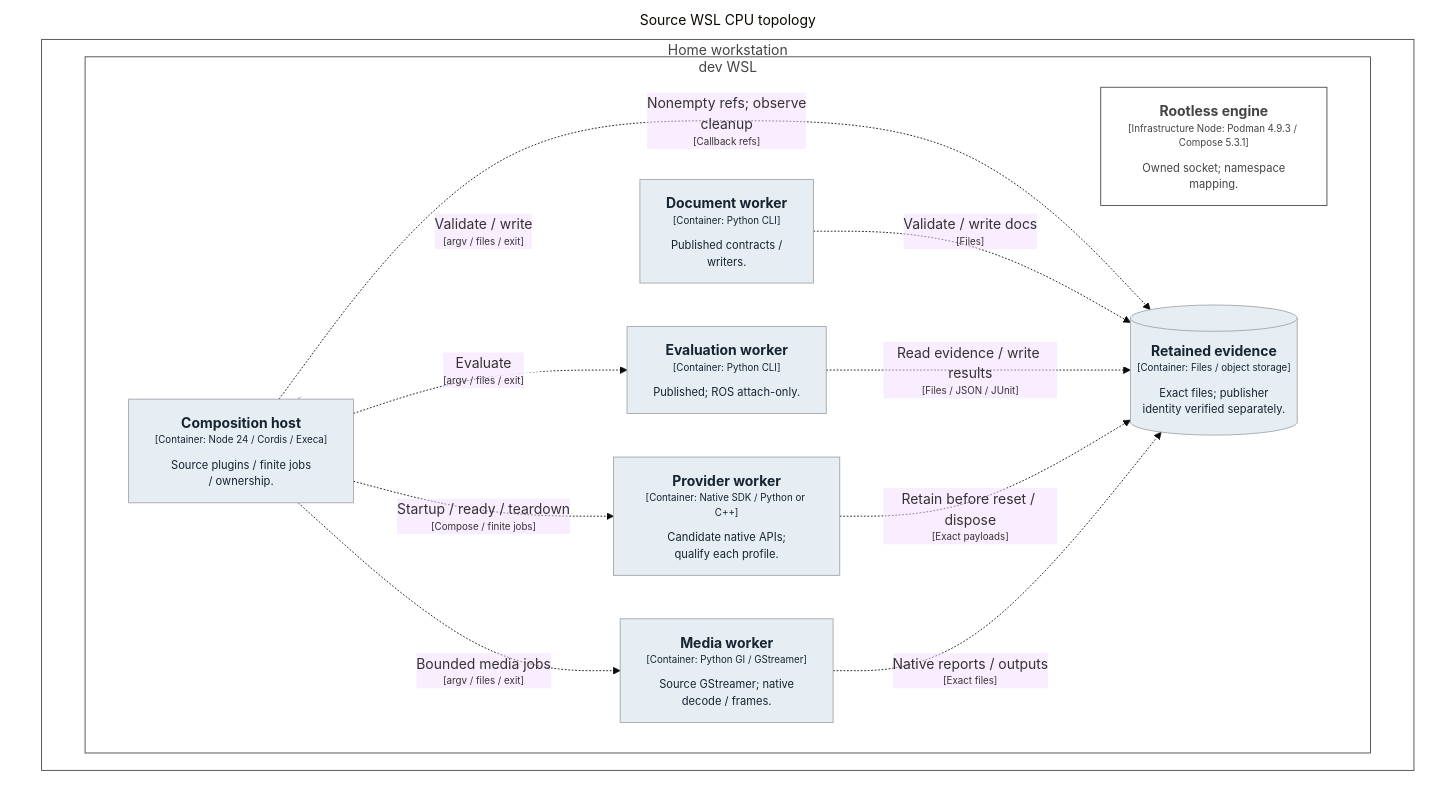
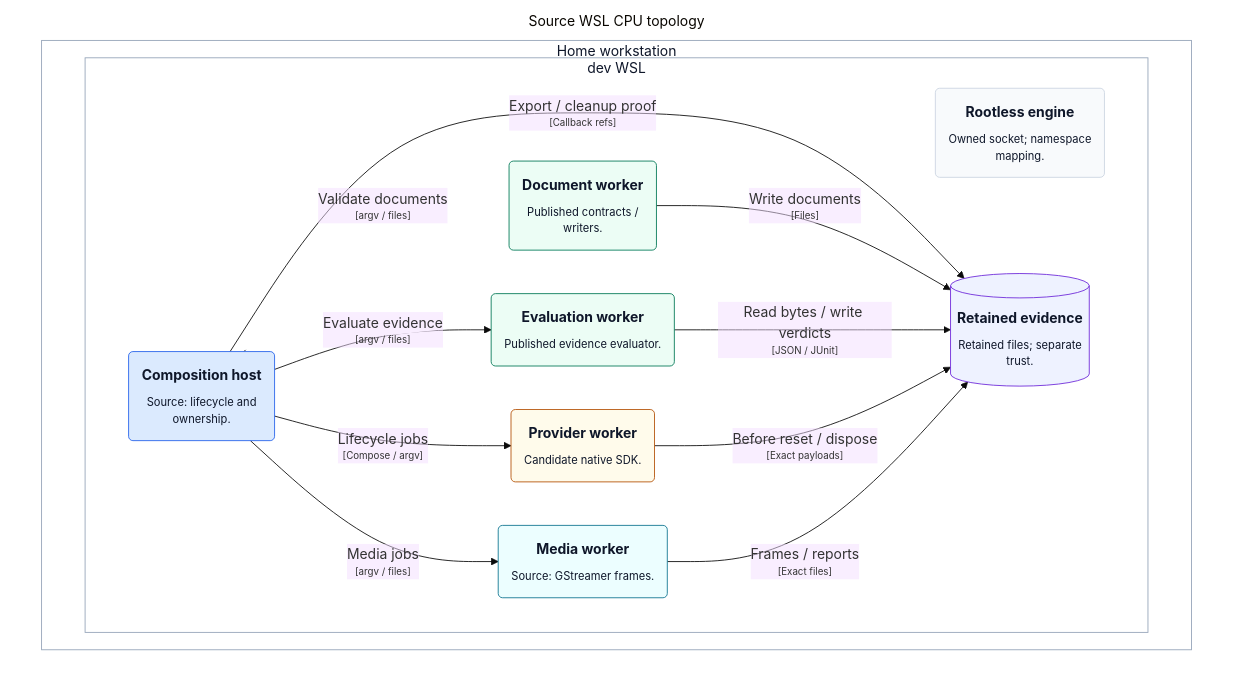
Before and after one commit to mmkolpakov/robotics-runtime: the diagram in docs/architecture/generated/structurizr-HomeDeployment.mmd, drawn with Mermaid (base theme). The commit also changed 23 other files, not shown here.

Commit message:
Improve architecture diagrams and README navigation

```diff
--- a/docs/architecture/generated/structurizr-HomeDeployment.mmd
+++ b/docs/architecture/generated/structurizr-HomeDeployment.mmd
@@ -1,41 +1,41 @@
 graph TB
   linkStyle default fill:#ffffff
 
   subgraph diagram ["Source WSL CPU topology"]
     style diagram fill:#ffffff,stroke:#ffffff
 
     subgraph 35 ["Home workstation"]
-      style 35 fill:#ffffff,stroke:#444444,color:#444444
+      style 35 fill:#ffffff,stroke:#94a3b8,color:#0f172a
 
       subgraph 36 ["dev WSL"]
-        style 36 fill:#ffffff,stroke:#444444,color:#444444
+        style 36 fill:#ffffff,stroke:#94a3b8,color:#0f172a
 
-        37["<div style='font-weight: bold'>Rootless engine</div><div style='font-size: 70%; margin-top: 0px'>[Infrastructure Node: Podman 4.9.3 / Compose 5.3.1]</div><div style='font-size: 80%; margin-top:10px'>Owned socket; namespace<br />mapping.</div>"]
-        style 37 fill:#ffffff,stroke:#444444,color:#444444
-        38["<div style='font-weight: bold'>Composition host</div><div style='font-size: 70%; margin-top: 0px'>[Container: Node 24 / Cordis / Execa]</div><div style='font-size: 80%; margin-top:10px'>Source plugins / finite jobs<br />/ ownership.</div>"]
-        style 38 fill:#e6edf3,stroke:#a1a5aa,color:#172431
-        39["<div style='font-weight: bold'>Document worker</div><div style='font-size: 70%; margin-top: 0px'>[Container: Python CLI]</div><div style='font-size: 80%; margin-top:10px'>Published contracts /<br />writers.</div>"]
-        style 39 fill:#e6edf3,stroke:#a1a5aa,color:#172431
-        41["<div style='font-weight: bold'>Evaluation worker</div><div style='font-size: 70%; margin-top: 0px'>[Container: Python CLI]</div><div style='font-size: 80%; margin-top:10px'>Published; ROS attach-only.</div>"]
-        style 41 fill:#e6edf3,stroke:#a1a5aa,color:#172431
-        43["<div style='font-weight: bold'>Provider worker</div><div style='font-size: 70%; margin-top: 0px'>[Container: Native SDK / Python or C++]</div><div style='font-size: 80%; margin-top:10px'>Candidate native APIs;<br />qualify each profile.</div>"]
-        style 43 fill:#e6edf3,stroke:#a1a5aa,color:#172431
-        45["<div style='font-weight: bold'>Media worker</div><div style='font-size: 70%; margin-top: 0px'>[Container: Python GI / GStreamer]</div><div style='font-size: 80%; margin-top:10px'>Source GStreamer; native<br />decode / frames.</div>"]
-        style 45 fill:#e6edf3,stroke:#a1a5aa,color:#172431
-        47[("<div style='font-weight: bold'>Retained evidence</div><div style='font-size: 70%; margin-top: 0px'>[Container: Files / object storage]</div><div style='font-size: 80%; margin-top:10px'>Exact files; publisher<br />identity verified separately.</div>")]
-        style 47 fill:#e6edf3,stroke:#a1a5aa,color:#172431
+        37("<div style='font-weight: bold'>Rootless engine</div><div style='font-size: 80%; margin-top:10px'>Owned socket; namespace<br />mapping.</div>")
+        style 37 fill:#f8fafc,stroke:#cbd5e1,color:#0f172a
+        38("<div style='font-weight: bold'>Composition host</div><div style='font-size: 80%; margin-top:10px'>Source: lifecycle and<br />ownership.</div>")
+        style 38 fill:#dbeafe,stroke:#2563eb,color:#0f172a
+        39("<div style='font-weight: bold'>Document worker</div><div style='font-size: 80%; margin-top:10px'>Published contracts /<br />writers.</div>")
+        style 39 fill:#ecfdf5,stroke:#047857,color:#0f172a
+        41("<div style='font-weight: bold'>Evaluation worker</div><div style='font-size: 80%; margin-top:10px'>Published evidence evaluator.</div>")
+        style 41 fill:#ecfdf5,stroke:#047857,color:#0f172a
+        43("<div style='font-weight: bold'>Provider worker</div><div style='font-size: 80%; margin-top:10px'>Candidate native SDK.</div>")
+        style 43 fill:#fffbeb,stroke:#b45309,color:#0f172a
+        45("<div style='font-weight: bold'>Media worker</div><div style='font-size: 80%; margin-top:10px'>Source: GStreamer frames.</div>")
+        style 45 fill:#ecfeff,stroke:#0e7490,color:#0f172a
+        47[("<div style='font-weight: bold'>Retained evidence</div><div style='font-size: 80%; margin-top:10px'>Retained files; separate<br />trust.</div>")]
+        style 47 fill:#eef2ff,stroke:#6d28d9,color:#0f172a
       end
 
     end
 
-    38-. "<div>Validate / write</div><div style='font-size: 70%'>[argv / files / exit]</div>" .->39
-    38-. "<div>Evaluate</div><div style='font-size: 70%'>[argv / files / exit]</div>" .->41
-    38-. "<div>Startup / ready / teardown</div><div style='font-size: 70%'>[Compose / finite jobs]</div>" .->43
-    38-. "<div>Bounded media jobs</div><div style='font-size: 70%'>[argv / files / exit]</div>" .->45
-    38-. "<div>Nonempty refs; observe<br />cleanup</div><div style='font-size: 70%'>[Callback refs]</div>" .->47
-    39-. "<div>Validate / write docs</div><div style='font-size: 70%'>[Files]</div>" .->47
-    41-. "<div>Read evidence / write results</div><div style='font-size: 70%'>[Files / JSON / JUnit]</div>" .->47
-    43-. "<div>Retain before reset / dispose</div><div style='font-size: 70%'>[Exact payloads]</div>" .->47
-    45-. "<div>Native reports / outputs</div><div style='font-size: 70%'>[Exact files]</div>" .->47
+    38-- "<div>Validate documents</div><div style='font-size: 70%'>[argv / files]</div>" -->39
+    38-- "<div>Evaluate evidence</div><div style='font-size: 70%'>[argv / files]</div>" -->41
+    38-- "<div>Lifecycle jobs</div><div style='font-size: 70%'>[Compose / argv]</div>" -->43
+    38-- "<div>Media jobs</div><div style='font-size: 70%'>[argv / files]</div>" -->45
+    38-- "<div>Export / cleanup proof</div><div style='font-size: 70%'>[Callback refs]</div>" -->47
+    39-- "<div>Write documents</div><div style='font-size: 70%'>[Files]</div>" -->47
+    41-- "<div>Read bytes / write verdicts</div><div style='font-size: 70%'>[JSON / JUnit]</div>" -->47
+    43-- "<div>Before reset / dispose</div><div style='font-size: 70%'>[Exact payloads]</div>" -->47
+    45-- "<div>Frames / reports</div><div style='font-size: 70%'>[Exact files]</div>" -->47
 
   end
```
